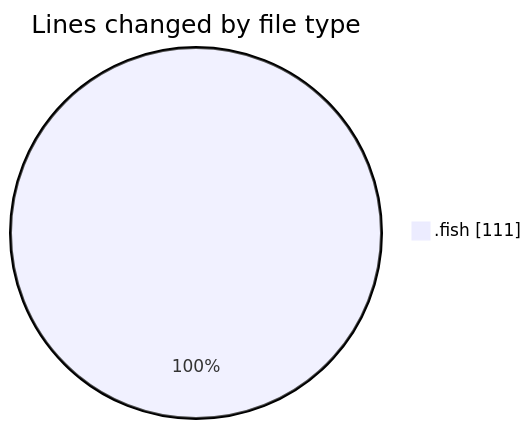
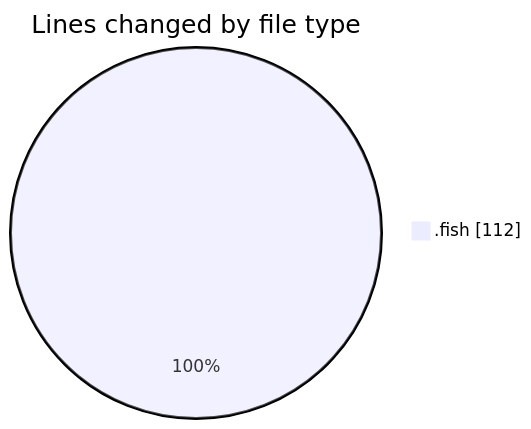
One commit to EIIisD/code-tracking changed the first of 2 diagrams in 2025-08-12/fish/README.md. Above: the diagram before and after it, drawn with Mermaid. The commit also changed other lines of this file and 1 other file, not shown here.

````diff
--- a/2025-08-12/fish/README.md
+++ b/2025-08-12/fish/README.md
@@ -20,5 +20,5 @@
 ```mermaid
 pie showData
 title Lines changed by file type
-".fish" : 111
+".fish" : 112
 ```
````
